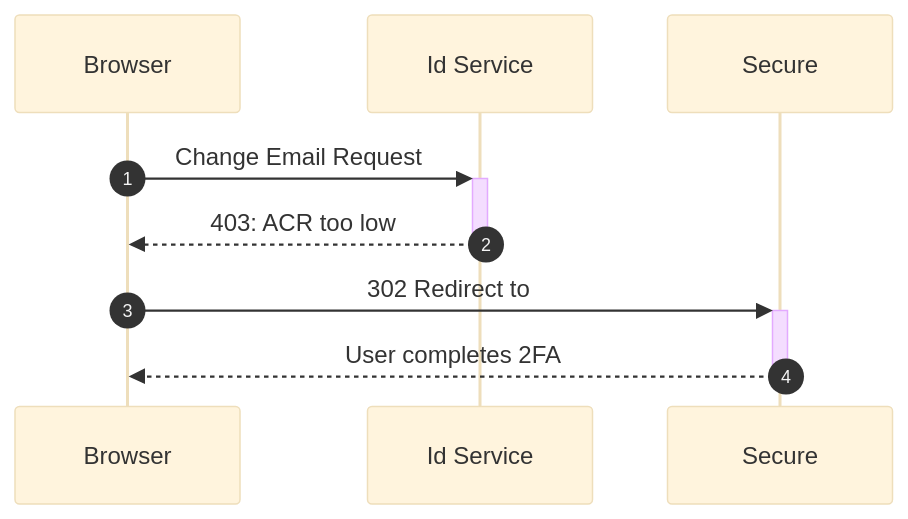
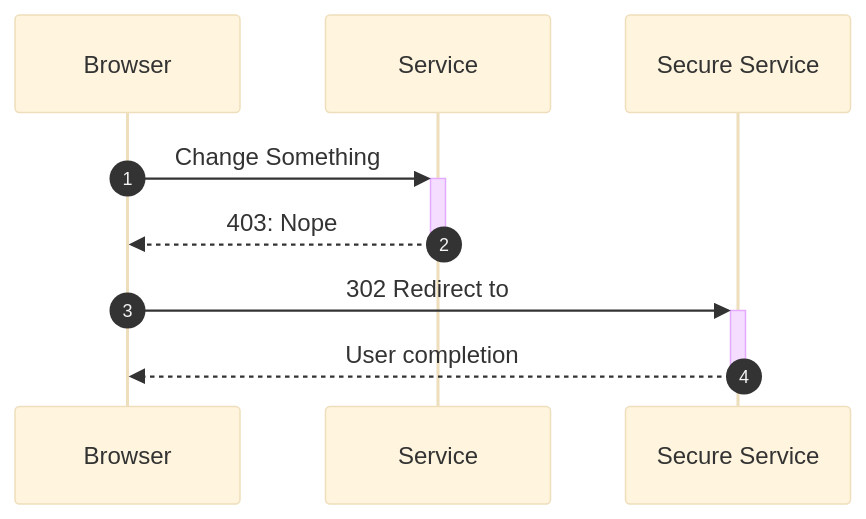
Before and after one commit to publicjoe/publicjoe.github.io: the diagram in mermaid.md, drawn with Mermaid (base theme). The commit also changed other lines of this file, not shown here.

````diff
--- a/mermaid.md
+++ b/mermaid.md
@@ -3,13 +3,13 @@
 ```mermaid
 sequenceDiagram
 autonumber
 
 participant B as Browser
-participant I as Id Service
-participant S as Secure
+participant I as Service
+participant S as Secure Service
 
-B->>+I: Change Email Request
-I-->>-B: 403: ACR too low
+B->>+I: Change Something
+I-->>-B: 403: Nope
 B->>+S: 302 Redirect to
-S-->>-B: User completes 2FA
+S-->>-B: User completion
 ```
````
